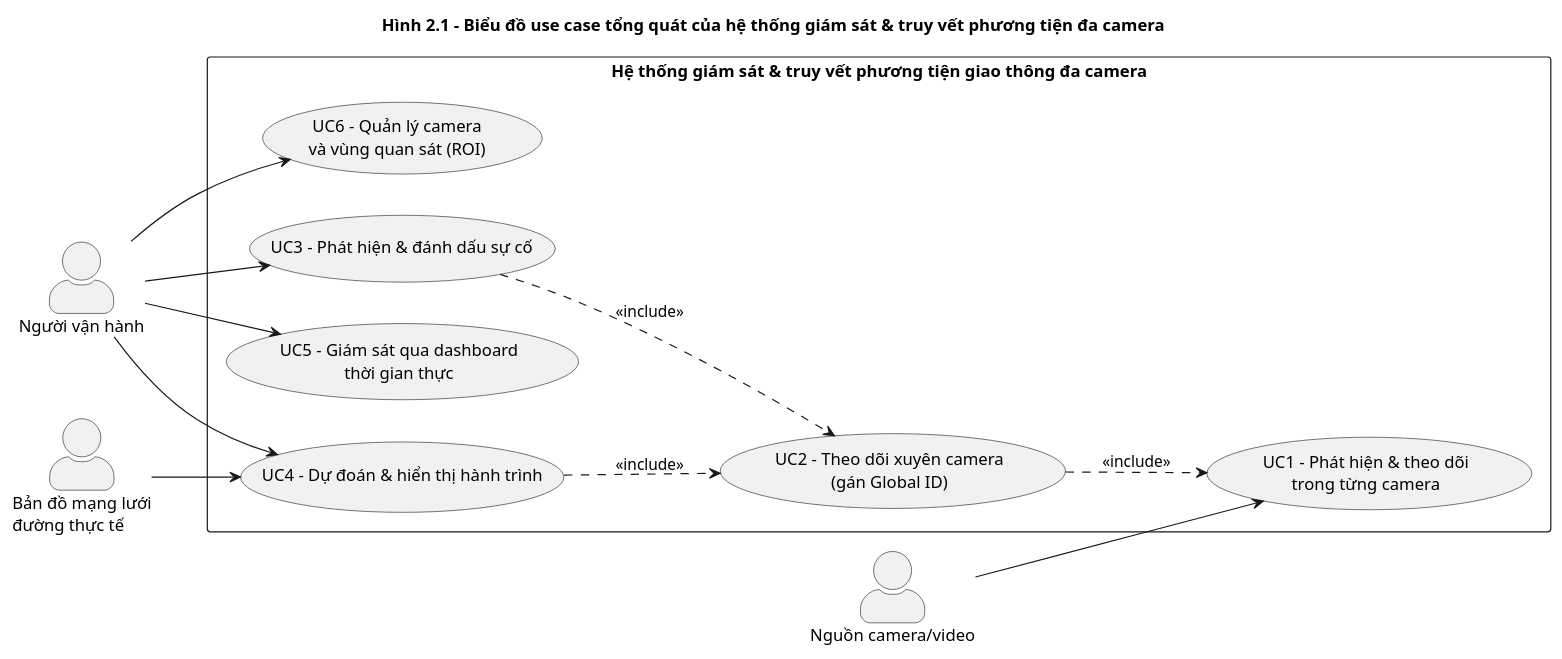
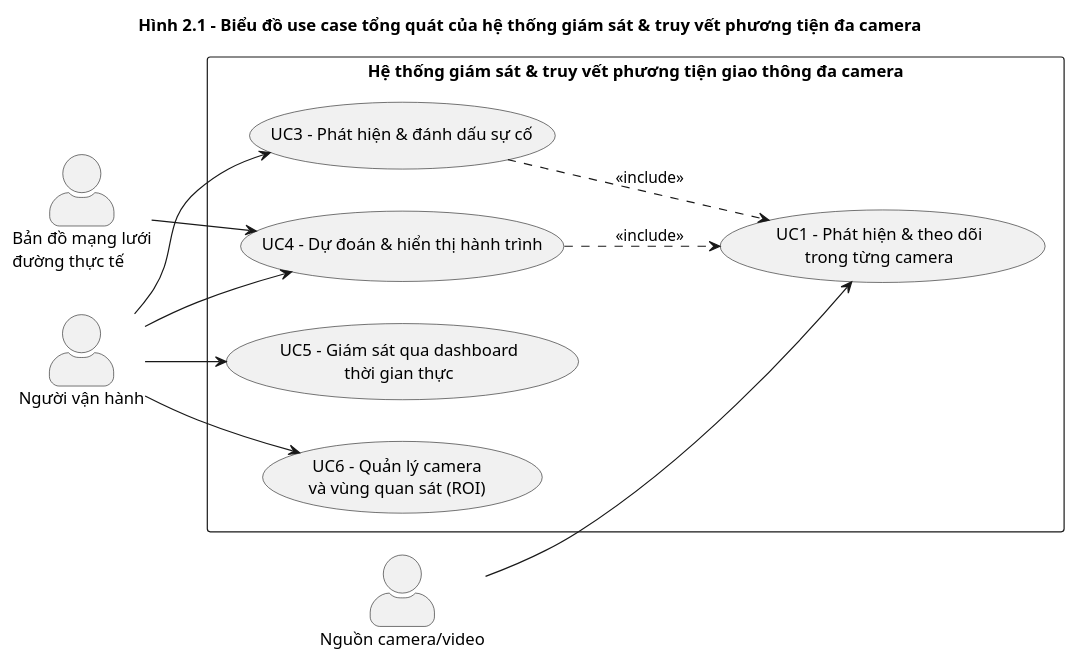
The diagram in component_for_final/uml/01_usecase_tong_quat.puml (KumaMichio/finalproject), drawn with PlantUML before and after one commit. The commit also changed 52 other files, not shown here.

Commit message:
update docs and graphs

```diff
--- a/component_for_final/uml/01_usecase_tong_quat.puml
+++ b/component_for_final/uml/01_usecase_tong_quat.puml
@@ -1,32 +1,30 @@
 @startuml usecase_tong_quat
 ' Hình 2.1 - Biểu đồ use case tổng quát
 left to right direction
 skinparam packageStyle rectangle
 skinparam shadowing false
 skinparam actorStyle awesome
 title Hình 2.1 - Biểu đồ use case tổng quát của hệ thống giám sát & truy vết phương tiện đa camera
 
 actor "Người vận hành" as Operator
 actor "Nguồn camera/video" as Camera
 actor "Bản đồ mạng lưới\nđường thực tế" as Map
 
 rectangle "Hệ thống giám sát & truy vết phương tiện giao thông đa camera" {
   usecase "UC1 - Phát hiện & theo dõi\ntrong từng camera" as UC1
-  usecase "UC2 - Theo dõi xuyên camera\n(gán Global ID)" as UC2
   usecase "UC3 - Phát hiện & đánh dấu sự cố" as UC3
   usecase "UC4 - Dự đoán & hiển thị hành trình" as UC4
   usecase "UC5 - Giám sát qua dashboard\nthời gian thực" as UC5
   usecase "UC6 - Quản lý camera\nvà vùng quan sát (ROI)" as UC6
 }
 
 Camera --> UC1
 Operator --> UC3
 Operator --> UC5
 Operator --> UC6
 Operator --> UC4
 Map --> UC4
 
-UC2 ..> UC1 : <<include>>
-UC4 ..> UC2 : <<include>>
-UC3 ..> UC2 : <<include>>
+UC3 ..> UC1 : <<include>>
+UC4 ..> UC1 : <<include>>
 @enduml
```
